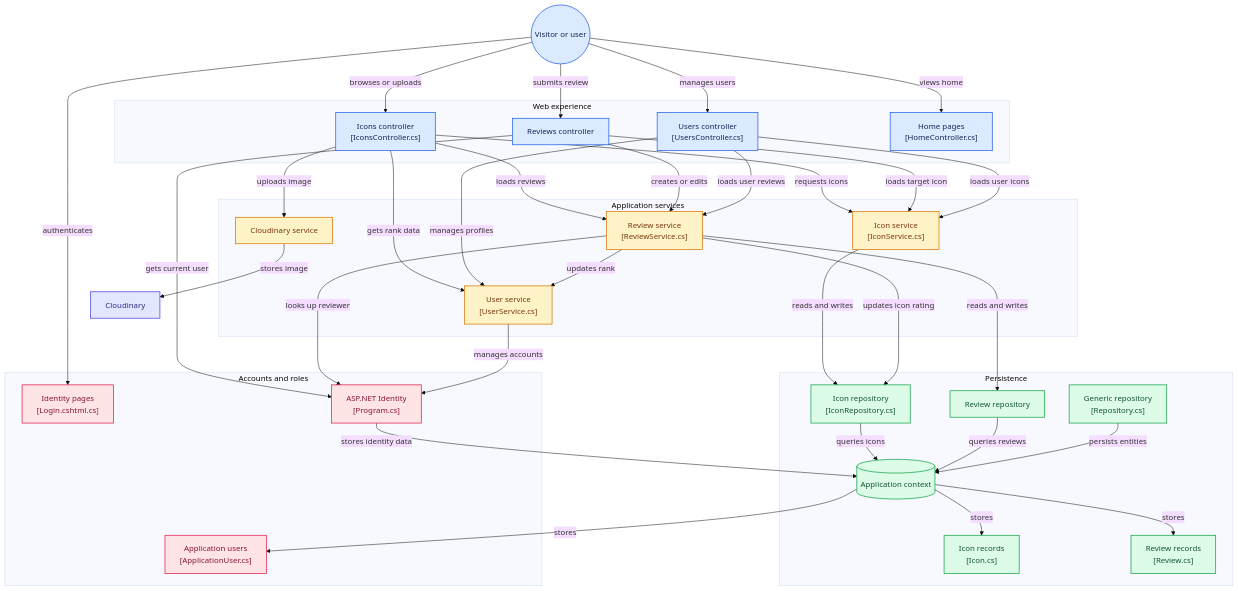
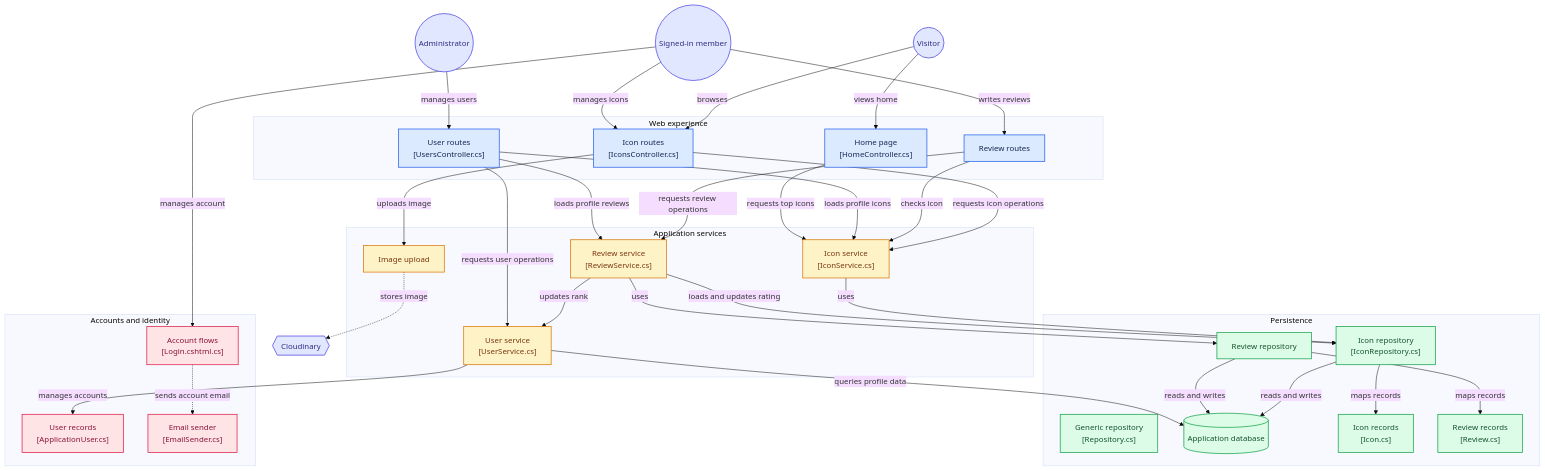
Before and after one commit to Blueonn33/icons: the diagram in README.md, drawn with Mermaid (base theme).

Commit message:
Update README.md for controller and service names

````diff
--- a/README.md
+++ b/README.md
@@ -289,84 +289,83 @@
 flowchart TD
 
 subgraph group_web["Web experience"]
-  node_icons_controller["Icons controller<br/>[IconsController.cs]"]
-  node_reviews_controller["Reviews controller"]
-  node_users_controller["Users controller<br/>[UsersController.cs]"]
-  node_home["Home pages<br/>[HomeController.cs]"]
+  node_icons_controller["Icon routes<br/>[IconsController.cs]"]
+  node_reviews_controller["Review routes"]
+  node_users_controller["User routes<br/>[UsersController.cs]"]
+  node_home_controller["Home page<br/>[HomeController.cs]"]
 end
 
 subgraph group_domain["Application services"]
   node_icon_service["Icon service<br/>[IconService.cs]"]
   node_review_service["Review service<br/>[ReviewService.cs]"]
   node_user_service["User service<br/>[UserService.cs]"]
-  node_cloudinary["Cloudinary service"]
+  node_cloudinary_service["Image upload"]
 end
 
 subgraph group_data["Persistence"]
-  node_icon_repo["Icon repository<br/>[IconRepository.cs]"]
-  node_review_repo["Review repository"]
-  node_repository["Generic repository<br/>[Repository.cs]"]
-  node_db_context[("Application context")]
+  node_icon_repository["Icon repository<br/>[IconRepository.cs]"]
+  node_review_repository["Review repository"]
+  node_generic_repository["Generic repository<br/>[Repository.cs]"]
+  node_database[("Application database")]
   node_icon_model["Icon records<br/>[Icon.cs]"]
   node_review_model["Review records<br/>[Review.cs]"]
 end
 
-subgraph group_identity["Accounts and roles"]
-  node_identity_pages["Identity pages<br/>[Login.cshtml.cs]"]
-  node_application_user["Application users<br/>[ApplicationUser.cs]"]
-  node_identity["ASP.NET Identity<br/>[Program.cs]"]
+subgraph group_identity["Accounts and identity"]
+  node_user_model["User records<br/>[ApplicationUser.cs]"]
+  node_identity_pages["Account flows<br/>[Login.cshtml.cs]"]
+  node_email_sender["Email sender<br/>[EmailSender.cs]"]
 end
 
-node_user(("Visitor or user"))
-node_cloudinary_platform["Cloudinary"]
+node_visitor(("Visitor"))
+node_member(("Signed-in member"))
+node_administrator(("Administrator"))
+node_cloudinary{{"Cloudinary"}}
 
-node_user -->|"browses or uploads"| node_icons_controller
-node_user -->|"submits review"| node_reviews_controller
-node_user -->|"manages users"| node_users_controller
-node_user -->|"authenticates"| node_identity_pages
-node_user -->|"views home"| node_home
-node_icons_controller -->|"requests icons"| node_icon_service
-node_icons_controller -->|"loads reviews"| node_review_service
-node_icons_controller -->|"gets rank data"| node_user_service
-node_icons_controller -->|"uploads image"| node_cloudinary
-node_cloudinary -->|"stores image"| node_cloudinary_platform
-node_reviews_controller -->|"loads target icon"| node_icon_service
-node_reviews_controller -->|"creates or edits"| node_review_service
-node_reviews_controller -->|"gets current user"| node_identity
-node_users_controller -->|"manages profiles"| node_user_service
-node_users_controller -->|"loads user icons"| node_icon_service
-node_users_controller -->|"loads user reviews"| node_review_service
-node_icon_service -->|"reads and writes"| node_icon_repo
-node_review_service -->|"reads and writes"| node_review_repo
-node_review_service -->|"updates icon rating"| node_icon_repo
+node_visitor -->|"browses"| node_icons_controller
+node_member -->|"manages icons"| node_icons_controller
+node_icons_controller -->|"requests icon operations"| node_icon_service
+node_icons_controller -->|"uploads image"| node_cloudinary_service
+node_cloudinary_service -.->|"stores image"| node_cloudinary
+node_icon_service -->|"uses"| node_icon_repository
+node_icon_repository -->|"reads and writes"| node_database
+node_icon_repository -->|"maps records"| node_icon_model
+node_member -->|"writes reviews"| node_reviews_controller
+node_reviews_controller -->|"requests review operations"| node_review_service
+node_reviews_controller -->|"checks icon"| node_icon_service
+node_review_service -->|"uses"| node_review_repository
+node_review_service -->|"loads and updates rating"| node_icon_repository
 node_review_service -->|"updates rank"| node_user_service
-node_review_service -->|"looks up reviewer"| node_identity
-node_user_service -->|"manages accounts"| node_identity
-node_icon_repo -->|"queries icons"| node_db_context
-node_review_repo -->|"queries reviews"| node_db_context
-node_repository -->|"persists entities"| node_db_context
-node_db_context -->|"stores"| node_icon_model
-node_db_context -->|"stores"| node_review_model
-node_identity -->|"stores identity data"| node_db_context
-node_db_context -->|"stores"| node_application_user
+node_review_repository -->|"reads and writes"| node_database
+node_review_repository -->|"maps records"| node_review_model
+node_administrator -->|"manages users"| node_users_controller
+node_users_controller -->|"requests user operations"| node_user_service
+node_users_controller -->|"loads profile icons"| node_icon_service
+node_users_controller -->|"loads profile reviews"| node_review_service
+node_user_service -->|"manages accounts"| node_user_model
+node_user_service -->|"queries profile data"| node_database
+node_visitor -->|"views home"| node_home_controller
+node_home_controller -->|"requests top icons"| node_icon_service
+node_member -->|"manages account"| node_identity_pages
+node_identity_pages -.->|"sends account email"| node_email_sender
 
 click node_icons_controller "https://github.com/blueonn33/icons/blob/master/icons/Controllers/IconsController.cs"
 click node_reviews_controller "https://github.com/blueonn33/icons/blob/master/icons/Controllers/ReviewsController.cs"
 click node_users_controller "https://github.com/blueonn33/icons/blob/master/icons/Controllers/UsersController.cs"
-click node_home "https://github.com/blueonn33/icons/blob/master/icons/Controllers/HomeController.cs"
-click node_identity_pages "https://github.com/blueonn33/icons/blob/master/icons/Areas/Identity/Pages/Account/Login.cshtml.cs"
+click node_home_controller "https://github.com/blueonn33/icons/blob/master/icons/Controllers/HomeController.cs"
 click node_icon_service "https://github.com/blueonn33/icons/blob/master/icons.Core/Services/IconService.cs"
 click node_review_service "https://github.com/blueonn33/icons/blob/master/icons.Core/Services/ReviewService.cs"
 click node_user_service "https://github.com/blueonn33/icons/blob/master/icons.Core/Services/UserService.cs"
-click node_cloudinary "https://github.com/blueonn33/icons/blob/master/icons.Core/Services/CloudinaryService.cs"
-click node_icon_repo "https://github.com/blueonn33/icons/blob/master/icons.Data/Common/IconRepository.cs"
-click node_review_repo "https://github.com/blueonn33/icons/blob/master/icons.Data/Common/ReviewRepository.cs"
-click node_repository "https://github.com/blueonn33/icons/blob/master/icons.Data/Common/Repository.cs"
-click node_db_context "https://github.com/blueonn33/icons/blob/master/icons.Data/ApplicationDbContext.cs"
+click node_cloudinary_service "https://github.com/blueonn33/icons/blob/master/icons.Core/Services/CloudinaryService.cs"
+click node_icon_repository "https://github.com/blueonn33/icons/blob/master/icons.Data/Common/IconRepository.cs"
+click node_review_repository "https://github.com/blueonn33/icons/blob/master/icons.Data/Common/ReviewRepository.cs"
+click node_generic_repository "https://github.com/blueonn33/icons/blob/master/icons.Data/Common/Repository.cs"
+click node_database "https://github.com/blueonn33/icons/blob/master/icons.Data/ApplicationDbContext.cs"
 click node_icon_model "https://github.com/blueonn33/icons/blob/master/icons.Data/Models/Icon.cs"
 click node_review_model "https://github.com/blueonn33/icons/blob/master/icons.Data/Models/Review.cs"
-click node_application_user "https://github.com/blueonn33/icons/blob/master/icons.Data/Models/ApplicationUser.cs"
-click node_identity "https://github.com/blueonn33/icons/blob/master/icons/Program.cs"
+click node_user_model "https://github.com/blueonn33/icons/blob/master/icons.Data/Models/ApplicationUser.cs"
+click node_identity_pages "https://github.com/blueonn33/icons/blob/master/icons/Areas/Identity/Pages/Account/Login.cshtml.cs"
+click node_email_sender "https://github.com/blueonn33/icons/blob/master/icons.Core/Services/Email/EmailSender.cs"
 
 classDef toneNeutral fill:#f8fafc,stroke:#334155,stroke-width:1.5px,color:#0f172a
 classDef toneBlue fill:#dbeafe,stroke:#2563eb,stroke-width:1.5px,color:#172554
@@ -375,9 +374,9 @@
 classDef toneRose fill:#ffe4e6,stroke:#e11d48,stroke-width:1.5px,color:#881337
 classDef toneIndigo fill:#e0e7ff,stroke:#4f46e5,stroke-width:1.5px,color:#312e81
 classDef toneTeal fill:#ccfbf1,stroke:#0f766e,stroke-width:1.5px,color:#134e4a
-class node_icons_controller,node_reviews_controller,node_users_controller,node_home,node_user toneBlue
-class node_icon_service,node_review_service,node_user_service,node_cloudinary toneAmber
-class node_icon_repo,node_review_repo,node_repository,node_db_context,node_icon_model,node_review_model toneMint
-class node_identity_pages,node_application_user,node_identity toneRose
-class node_cloudinary_platform toneIndigo
+class node_icons_controller,node_reviews_controller,node_users_controller,node_home_controller toneBlue
+class node_icon_service,node_review_service,node_user_service,node_cloudinary_service toneAmber
+class node_icon_repository,node_review_repository,node_generic_repository,node_database,node_icon_model,node_review_model toneMint
+class node_user_model,node_identity_pages,node_email_sender toneRose
+class node_visitor,node_member,node_administrator,node_cloudinary toneIndigo
 ```
````
